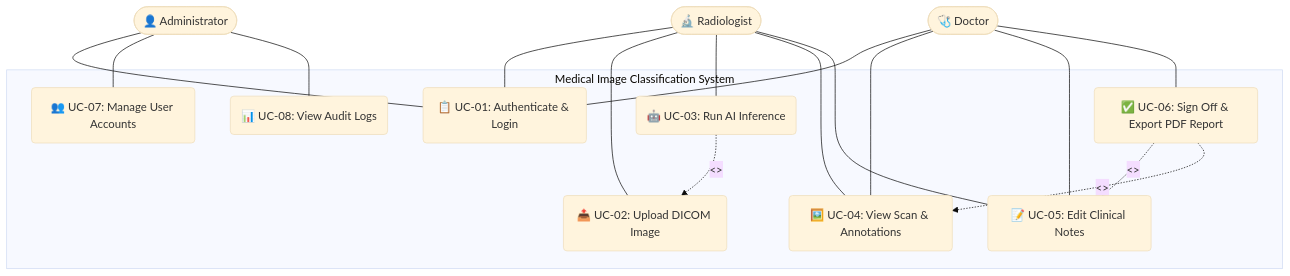
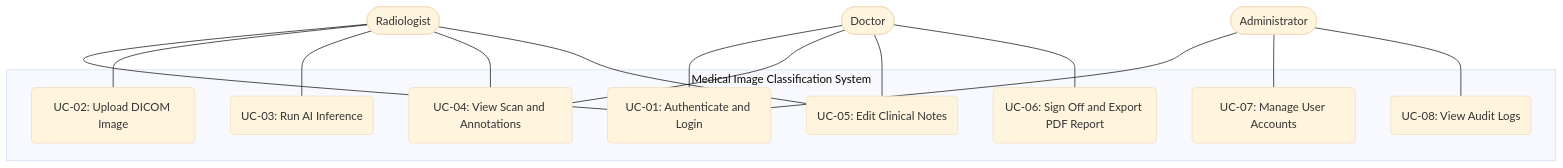
One commit to alirezakavianifar/Medical-Image-Based-Disease-Detection-and-Classification-System changed the diagram in diagrams/usecase_doctor_interaction.md. Above: the diagram before and after it, drawn with Mermaid (base theme). The commit also changed other lines of this file and 7 other files, not shown here.

Commit message:
INFRA: Fix all Mermaid diagrams for GitHub v8.8.0 compatibility

````diff
--- a/diagrams/usecase_doctor_interaction.md
+++ b/diagrams/usecase_doctor_interaction.md
@@ -12,42 +12,32 @@
 ```mermaid
 graph TD
-    %% Actors
-    Admin(["👤 Administrator"])
-    Doctor(["🩺 Doctor"])
-    Radiologist(["🔬 Radiologist"])
+    Admin(["Administrator"])
+    Doctor(["Doctor"])
+    Radiologist(["Radiologist"])
 
-    %% System boundary
     subgraph "Medical Image Classification System"
-        UC1("📋 UC-01: Authenticate & Login")
-        UC2("📤 UC-02: Upload DICOM Image")
-        UC3("🤖 UC-03: Run AI Inference")
-        UC4("🖼️ UC-04: View Scan & Annotations")
-        UC5("📝 UC-05: Edit Clinical Notes")
-        UC6("✅ UC-06: Sign Off & Export PDF Report")
-        UC7("👥 UC-07: Manage User Accounts")
-        UC8("📊 UC-08: View Audit Logs")
+        UC1("UC-01: Authenticate and Login")
+        UC2("UC-02: Upload DICOM Image")
+        UC3("UC-03: Run AI Inference")
+        UC4("UC-04: View Scan and Annotations")
+        UC5("UC-05: Edit Clinical Notes")
+        UC6("UC-06: Sign Off and Export PDF Report")
+        UC7("UC-07: Manage User Accounts")
+        UC8("UC-08: View Audit Logs")
     end
 
-    %% Admin connections
     Admin --- UC1
     Admin --- UC7
     Admin --- UC8
 
-    %% Doctor connections
     Doctor --- UC1
     Doctor --- UC4
     Doctor --- UC5
     Doctor --- UC6
 
-    %% Radiologist connections
     Radiologist --- UC1
     Radiologist --- UC2
     Radiologist --- UC3
     Radiologist --- UC4
     Radiologist --- UC5
-
-    %% Include / Extend relationships
-    UC3 -.->|"<<include>>"| UC2
-    UC6 -.->|"<<include>>"| UC5
-    UC6 -.->|"<<extend>>"| UC4
 ```
````
